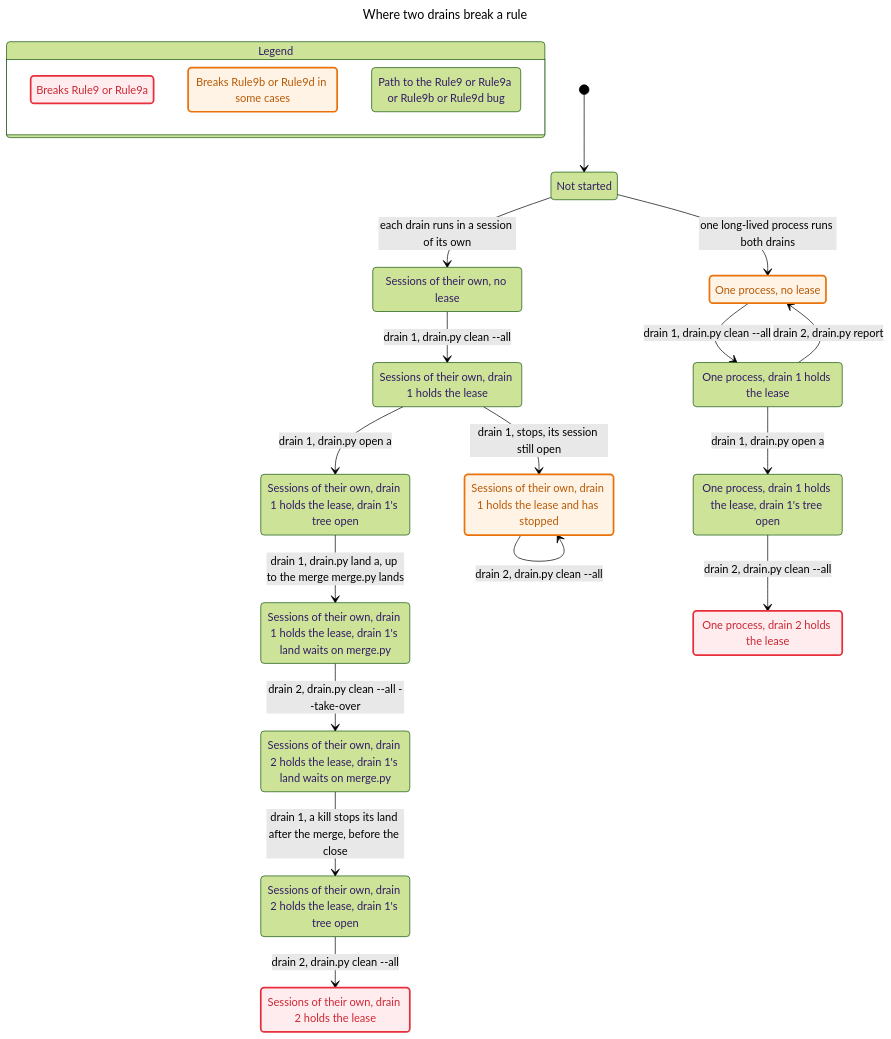
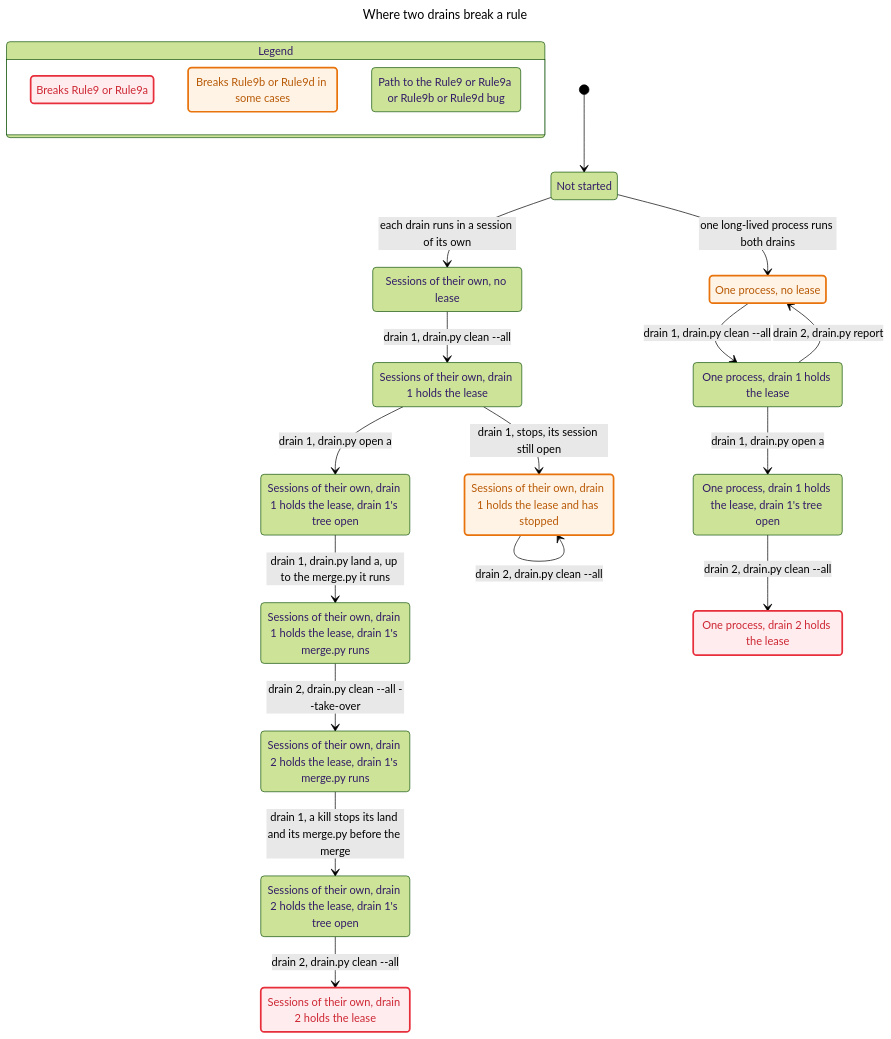
Before and after one commit to Simon-GitHub-Code/ratchet: the eighth of 8 diagrams in docs/model/drain.md, drawn with Mermaid (forest theme). The commit also changed other lines of this file and 3 other files, not shown here.

````diff
--- a/docs/model/drain.md
+++ b/docs/model/drain.md
@@ -367,61 +387,61 @@
 ```mermaid
 ---
 title: "Where two drains break a rule"
 ---
 stateDiagram-v2
   state "Legend" as legend {
     lg0: Breaks Rule9 or Rule9a
     lg1: Breaks Rule9b or Rule9d in some cases
     lg2: Path to the Rule9 or Rule9a or Rule9b or Rule9d bug
   }
   class lg0 breaks
   class lg1 mayBreak
   class lg2 bugPath
   s0: Not started
   s1: Sessions of their own, no lease
   s2: One process, no lease
   s3: Sessions of their own, drain 1 holds the lease
   s4: One process, drain 1 holds the lease
   s5: Sessions of their own, drain 1 holds the lease, drain 1's tree open
   s6: Sessions of their own, drain 1 holds the lease and has stopped
   s7: One process, drain 1 holds the lease, drain 1's tree open
-  s8: Sessions of their own, drain 1 holds the lease, drain 1's land waits on merge.py
+  s8: Sessions of their own, drain 1 holds the lease, drain 1's merge.py runs
   s9: One process, drain 2 holds the lease
-  s10: Sessions of their own, drain 2 holds the lease, drain 1's land waits on merge.py
+  s10: Sessions of their own, drain 2 holds the lease, drain 1's merge.py runs
   s11: Sessions of their own, drain 2 holds the lease, drain 1's tree open
   s12: Sessions of their own, drain 2 holds the lease
   [*] --> s0
   s0 --> s1: each drain runs in a session of its own
   s0 --> s2: one long-lived process runs both drains
   s1 --> s3: drain 1, drain.py clean --all
   s2 --> s4: drain 1, drain.py clean --all
   s3 --> s5: drain 1, drain.py open a
   s3 --> s6: drain 1, stops, its session still open
   s4 --> s7: drain 1, drain.py open a
   s4 --> s2: drain 2, drain.py report
-  s5 --> s8: drain 1, drain.py land a, up to the merge merge.py lands
+  s5 --> s8: drain 1, drain.py land a, up to the merge.py it runs
   s6 --> s6: drain 2, drain.py clean --all
   s7 --> s9: drain 2, drain.py clean --all
   s8 --> s10: drain 2, drain.py clean --all --take-over
-  s10 --> s11: drain 1, a kill stops its land after the merge, before the close
+  s10 --> s11: drain 1, a kill stops its land and its merge.py before the merge
   s11 --> s12: drain 2, drain.py clean --all
   classDef breaks fill:#ffecee,stroke:#e72e3b,stroke-width:2.5px,color:#cd2834
   classDef mayBreak fill:#fff3e6,stroke:#e8730c,stroke-width:2.5px,color:#b85a06
   class s0 bugPath
   class s1 bugPath
   class s2 mayBreak
   class s2 bugPath
   class s3 bugPath
   class s4 bugPath
   class s5 bugPath
   class s6 mayBreak
   class s6 bugPath
   class s7 bugPath
   class s8 bugPath
   class s9 breaks
   class s9 bugPath
   class s10 bugPath
   class s11 bugPath
   class s12 breaks
   class s12 bugPath
 ```
````
